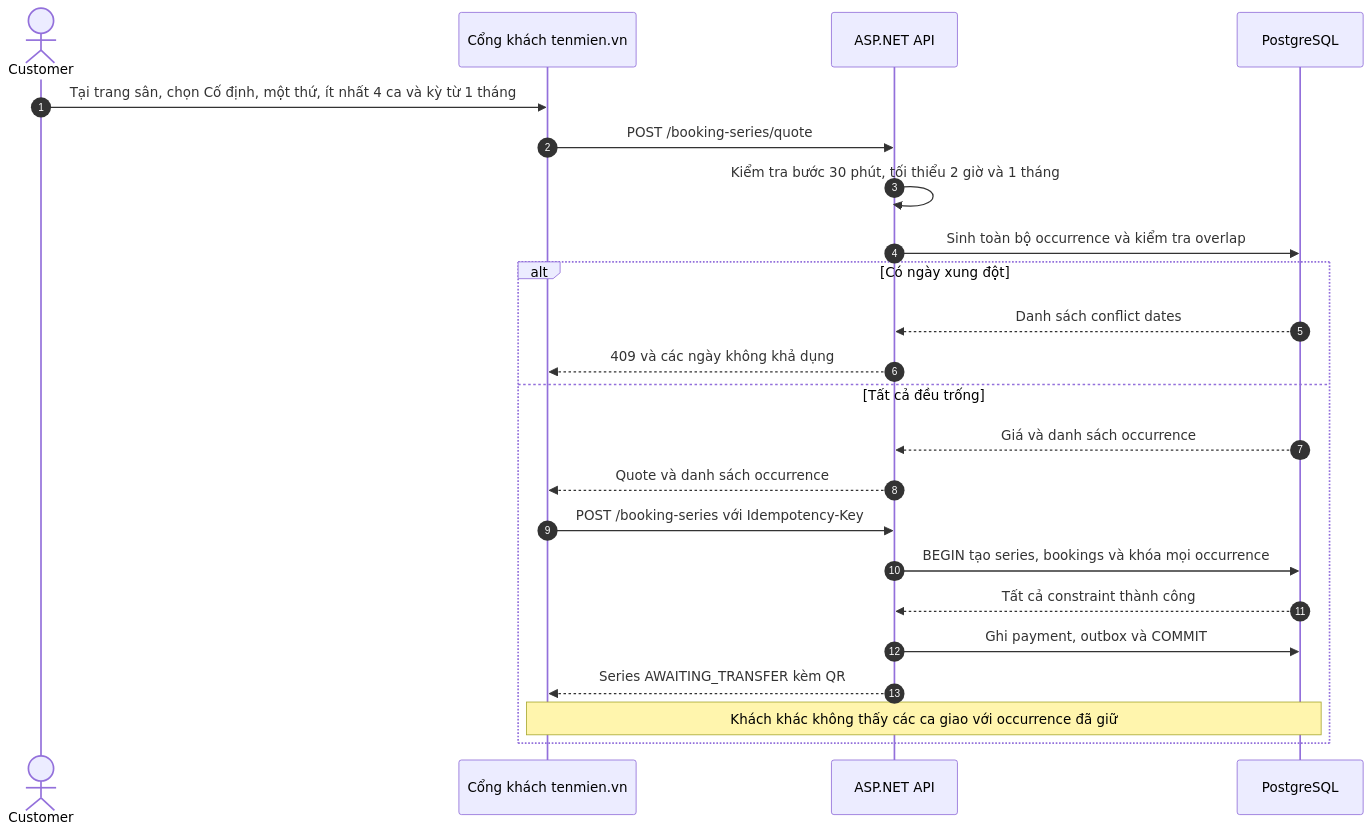
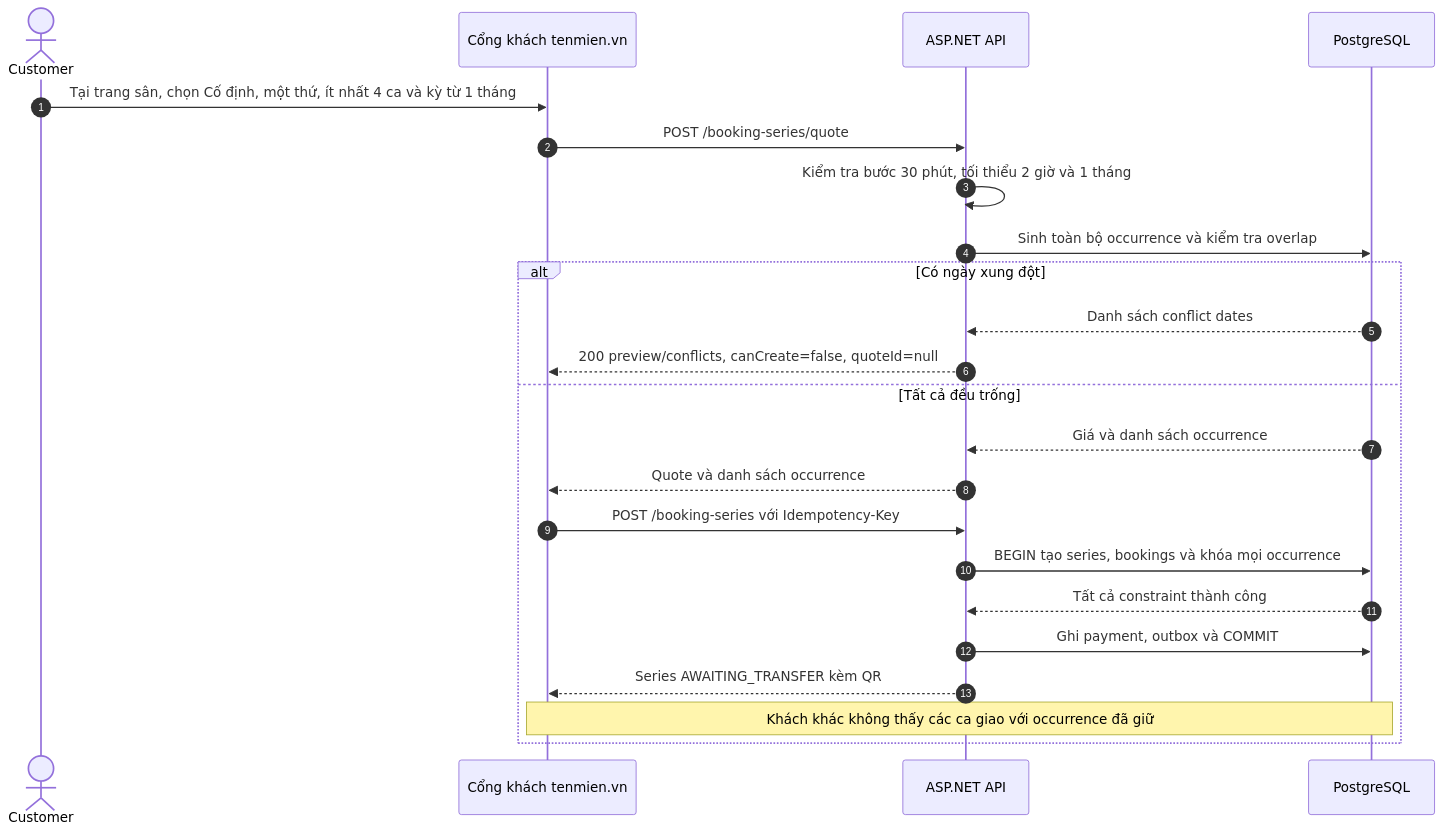
Before and after one commit to nguyendingluong20225878/ShuttleBook: the ninth of 12 diagrams in docs/02-states-and-sequences.md, drawn with Mermaid. The commit also changed other lines of this file and 139 other files, not shown here.

````diff
--- a/docs/02-states-and-sequences.md
+++ b/docs/02-states-and-sequences.md
@@ -195,26 +198,26 @@
 ```mermaid
 sequenceDiagram
     autonumber
     actor C as Customer
     participant UI as Cổng khách tenmien.vn
     participant API as ASP.NET API
     participant DB as PostgreSQL
 
     C->>UI: Tại trang sân, chọn Cố định, một thứ, ít nhất 4 ca và kỳ từ 1 tháng
     UI->>API: POST /booking-series/quote
     API->>API: Kiểm tra bước 30 phút, tối thiểu 2 giờ và 1 tháng
     API->>DB: Sinh toàn bộ occurrence và kiểm tra overlap
     alt Có ngày xung đột
       DB-->>API: Danh sách conflict dates
-      API-->>UI: 409 và các ngày không khả dụng
+      API-->>UI: 200 preview/conflicts, canCreate=false, quoteId=null
     else Tất cả đều trống
       DB-->>API: Giá và danh sách occurrence
       API-->>UI: Quote và danh sách occurrence
       UI->>API: POST /booking-series với Idempotency-Key
       API->>DB: BEGIN tạo series, bookings và khóa mọi occurrence
       DB-->>API: Tất cả constraint thành công
       API->>DB: Ghi payment, outbox và COMMIT
       API-->>UI: Series AWAITING_TRANSFER kèm QR
       Note over UI,DB: Khách khác không thấy các ca giao với occurrence đã giữ
     end
 ```
````
